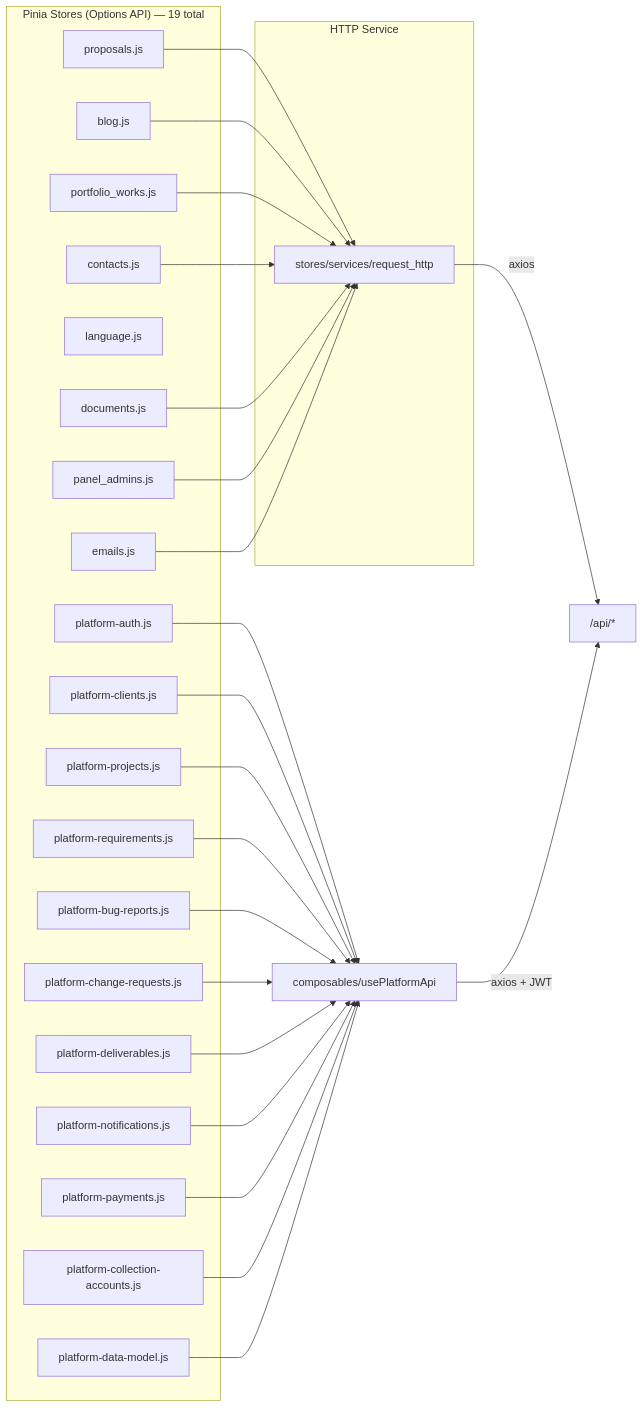
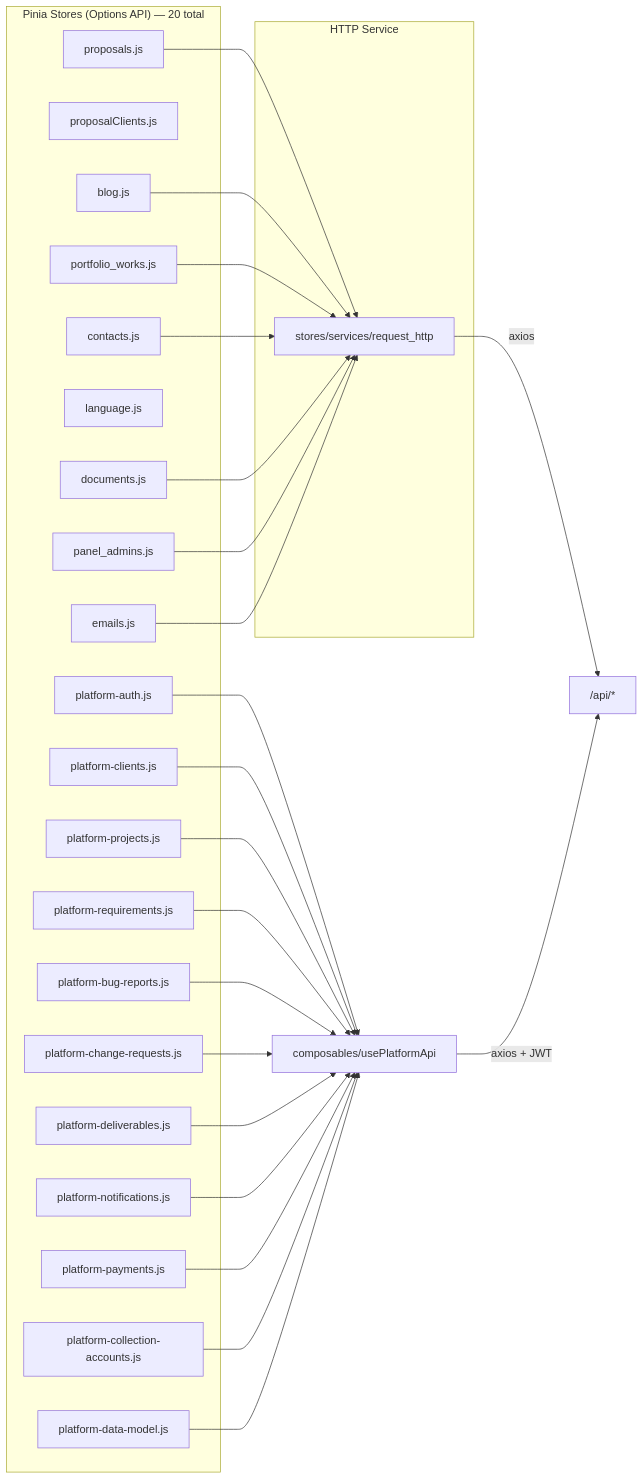
One commit to gustavop-dev/projectapp changed the seventh of 11 diagrams in docs/methodology/architecture.md. Above: the diagram before and after it, drawn with Mermaid. The commit also changed other lines of this file and 82 other files, not shown here.

````diff
--- a/docs/methodology/architecture.md
+++ b/docs/methodology/architecture.md
@@ -308,50 +315,51 @@
 ```mermaid
 flowchart LR
-    subgraph Stores["Pinia Stores (Options API) — 19 total"]
+    subgraph Stores["Pinia Stores (Options API) — 20 total"]
         ProposalStore["proposals.js"]
+        ProposalClientsStore["proposalClients.js"]
         BlogStore["blog.js"]
         PortfolioStore["portfolio_works.js"]
         ContactStore["contacts.js"]
         LanguageStore["language.js"]
         DocumentStore["documents.js"]
         PanelAdmins["panel_admins.js"]
         PlatformAuth["platform-auth.js"]
         PlatformClients["platform-clients.js"]
         PlatformProjects["platform-projects.js"]
         PlatformRequirements["platform-requirements.js"]
         PlatformBugReports["platform-bug-reports.js"]
         PlatformChangeRequests["platform-change-requests.js"]
         PlatformDeliverables["platform-deliverables.js"]
         PlatformNotifications["platform-notifications.js"]
         PlatformPayments["platform-payments.js"]
         PlatformCollectionAccounts["platform-collection-accounts.js"]
         PlatformDataModel["platform-data-model.js"]
         EmailsStore["emails.js"]
     end
 
     subgraph HTTP["HTTP Service"]
         RequestHTTP["stores/services/request_http"]
     end
 
     ProposalStore --> RequestHTTP
     BlogStore --> RequestHTTP
     PortfolioStore --> RequestHTTP
     ContactStore --> RequestHTTP
     DocumentStore --> RequestHTTP
     PanelAdmins --> RequestHTTP
     PlatformAuth --> PlatformHTTP["composables/usePlatformApi"]
     PlatformClients --> PlatformHTTP
     PlatformProjects --> PlatformHTTP
     PlatformRequirements --> PlatformHTTP
     PlatformBugReports --> PlatformHTTP
     PlatformChangeRequests --> PlatformHTTP
     PlatformDeliverables --> PlatformHTTP
     PlatformNotifications --> PlatformHTTP
     PlatformPayments --> PlatformHTTP
     PlatformCollectionAccounts --> PlatformHTTP
     PlatformDataModel --> PlatformHTTP
     EmailsStore --> RequestHTTP
 
     RequestHTTP -->|axios| API["/api/*"]
     PlatformHTTP -->|axios + JWT| API
 ```
````
